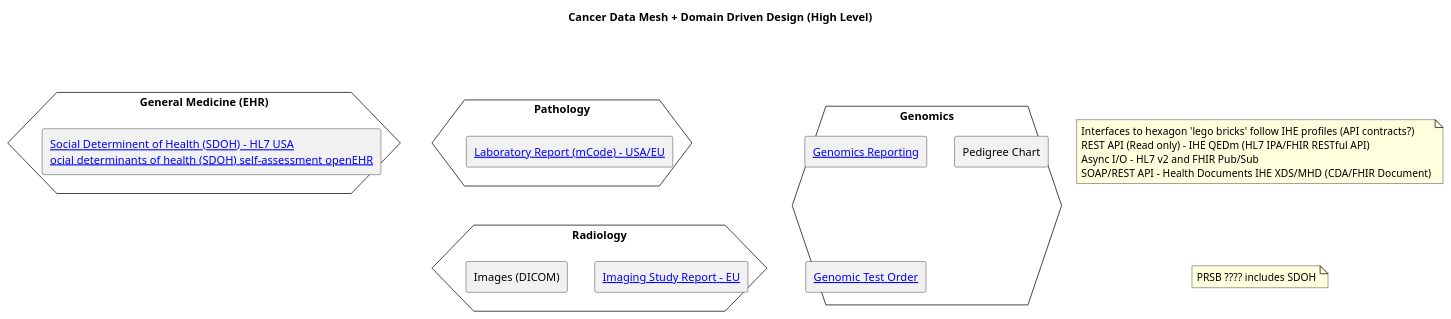
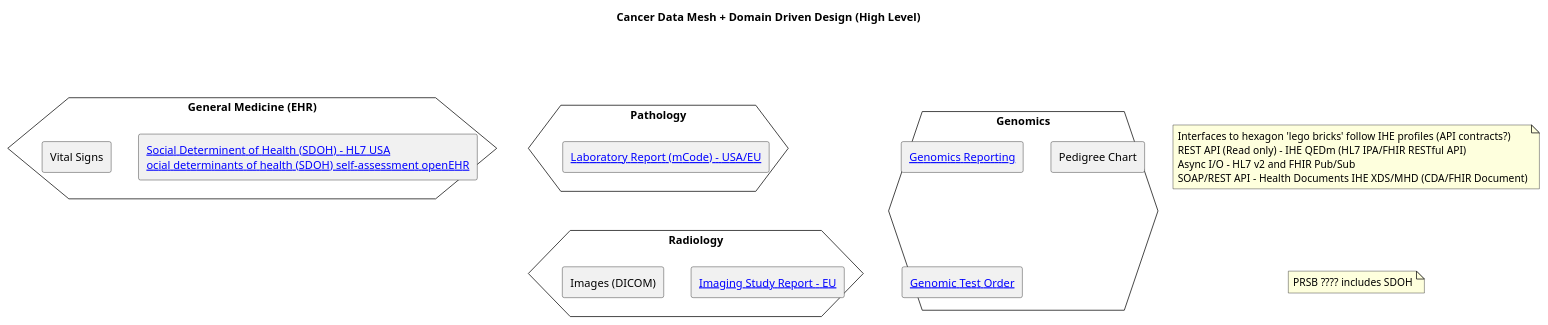
Before and after one commit to nw-gmsa/nw-gmsa.github.com: the diagram in input/images-source/cancer-data-mesh.plantuml, drawn with PlantUML.

Commit message:
Cancer data mesh

```diff
--- a/input/images-source/cancer-data-mesh.plantuml
+++ b/input/images-source/cancer-data-mesh.plantuml
@@ -1,35 +1,36 @@
 @startuml
 
 title "Cancer Data Mesh + Domain Driven Design (High Level)"
 
 hexagon "General Medicine (EHR)" as EHR {
  rectangle "[[https://build.fhir.org/ig/HL7/fhir-sdoh-clinicalcare/ Social Determinent of Health (SDOH) - HL7 USA]]\n[[https://ckm.openehr.org/ckm/archetypes/1013.1.5804 ocial determinants of health (SDOH) self-assessment openEHR]]" as SDOH
+  rectangle "Vital Signs" as vitalSigns
 }
 
 hexagon "Pathology" as path {
  rectangle "[[https://build.fhir.org/ig/HL7/fhir-mCODE-ig/index.html Laboratory Report (mCode) - USA/EU]]" as ORUP
 }
 
 hexagon "Genomics" as genomics {
  rectangle "[[https://build.fhir.org/ig/HL7/genomics-reporting/ Genomics Reporting]]" as ORUG
  rectangle "Pedigree Chart" as pedigree
  rectangle "[[https://nw-gmsa.github.io/R4/Questionnaire-GenomicTestOrder.html Genomic Test Order]]" as ORMG
 }
 
 
 hexagon "Radiology" as radiology {
  rectangle "[[https://build.fhir.org/ig/hl7-eu/imaging/ Imaging Study Report - EU]]" as study
  rectangle "Images (DICOM)" as images
 
 }
 
 EHR -d[hidden] path
 path -d[hidden]- radiology
 
 note "Interfaces to hexagon 'lego bricks' follow IHE profiles (API contracts?)\nREST API (Read only) - IHE QEDm (HL7 IPA/FHIR RESTful API)\nAsync I/O - HL7 v2 and FHIR Pub/Sub\nSOAP/REST API - Health Documents IHE XDS/MHD (CDA/FHIR Document)" as N1
 
 note "PRSB ???? includes SDOH" as N2
 
 N1 .d[hidden]. N2
 
 @enduml
```
